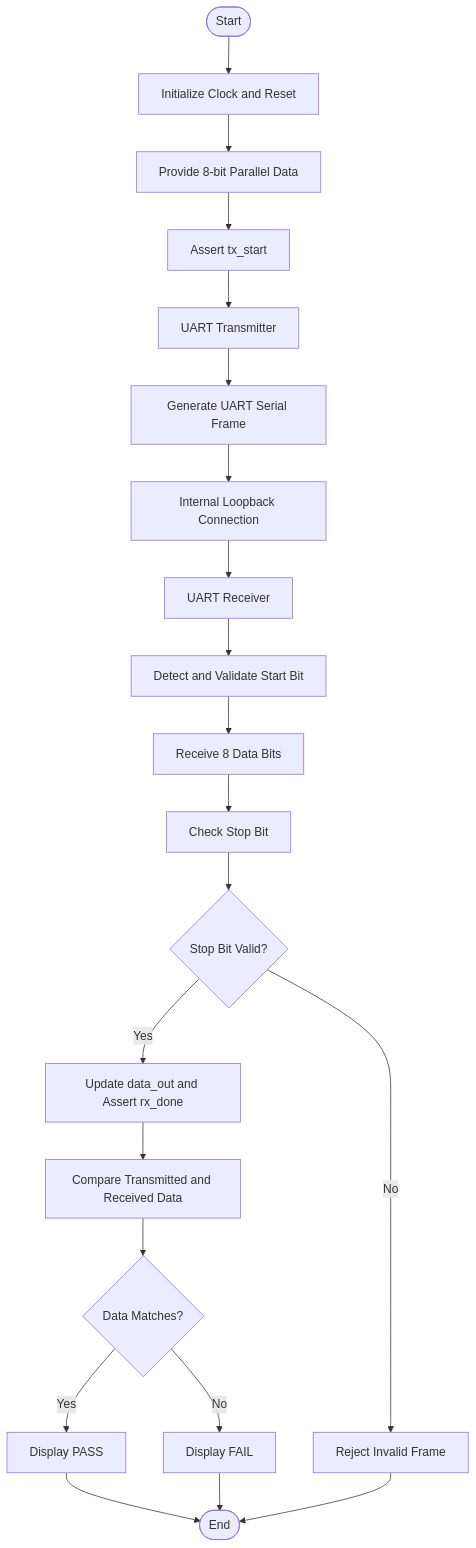
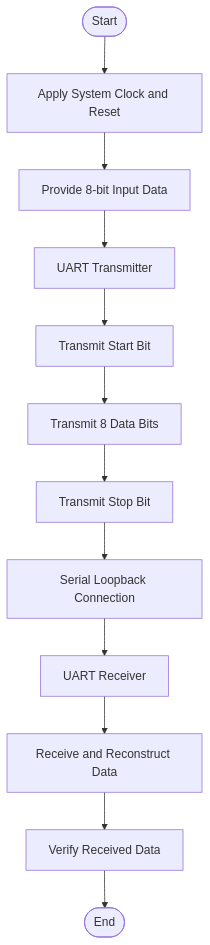
The diagram in README.md (rautanushree15-ux/UART-Transmitter-Receiver-Verilog), drawn with Mermaid before and after one commit. The commit also changed other lines of this file, not shown here.

````diff
--- a/README.md
+++ b/README.md
@@ -325,23 +139,14 @@
 ```mermaid
 flowchart TD
-    A([Start]) --> B[Initialize Clock and Reset]
-    B --> C[Provide 8-bit Parallel Data]
-    C --> D[Assert tx_start]
-    D --> E[UART Transmitter]
-    E --> F[Generate UART Serial Frame]
-    F --> G[Internal Loopback Connection]
-    G --> H[UART Receiver]
-    H --> I[Detect and Validate Start Bit]
-    I --> J[Receive 8 Data Bits]
-    J --> K[Check Stop Bit]
-    K --> L{Stop Bit Valid?}
-    L -->|Yes| M[Update data_out and Assert rx_done]
-    L -->|No| N[Reject Invalid Frame]
-    M --> O[Compare Transmitted and Received Data]
-    O --> P{Data Matches?}
-    P -->|Yes| Q[Display PASS]
-    P -->|No| R[Display FAIL]
-    Q --> S([End])
-    R --> S
-    N --> S
+    A([Start]) --> B[Apply System Clock and Reset]
+    B --> C[Provide 8-bit Input Data]
+    C --> D[UART Transmitter]
+    D --> E[Transmit Start Bit]
+    E --> F[Transmit 8 Data Bits]
+    F --> G[Transmit Stop Bit]
+    G --> H[Serial Loopback Connection]
+    H --> I[UART Receiver]
+    I --> J[Receive and Reconstruct Data]
+    J --> K[Verify Received Data]
+    K --> L([End])
 ```
````
